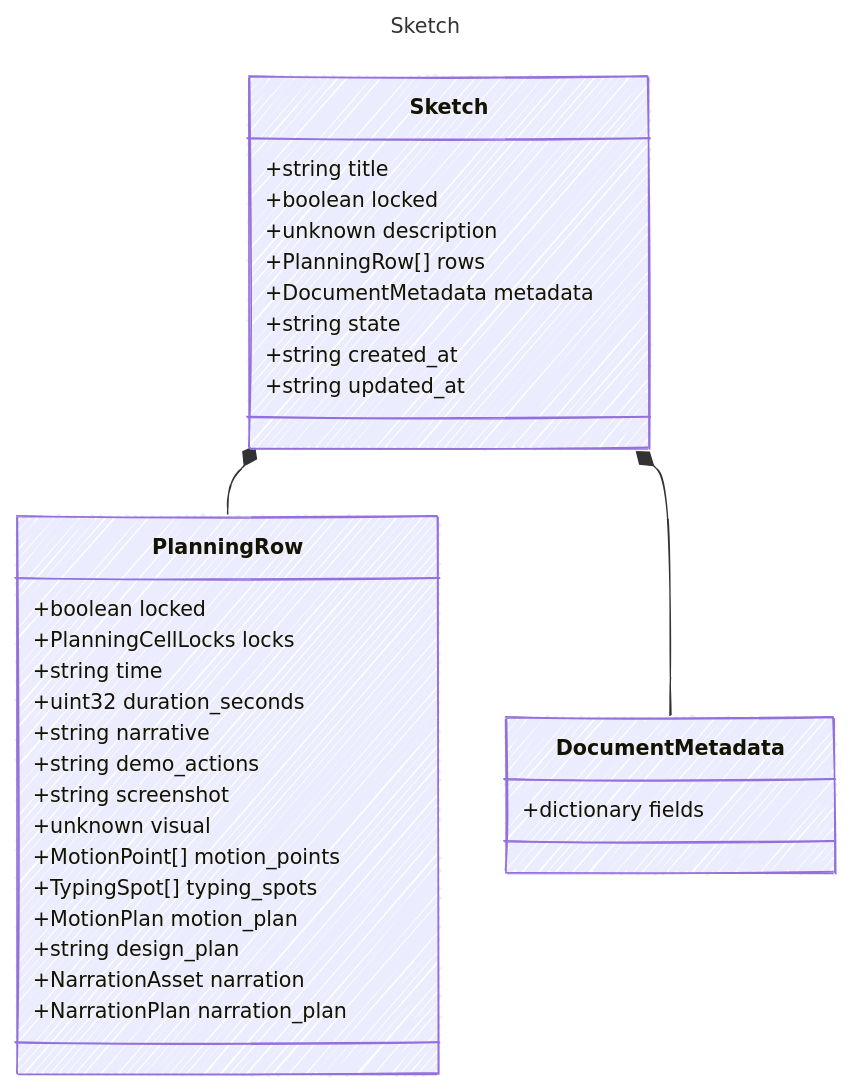
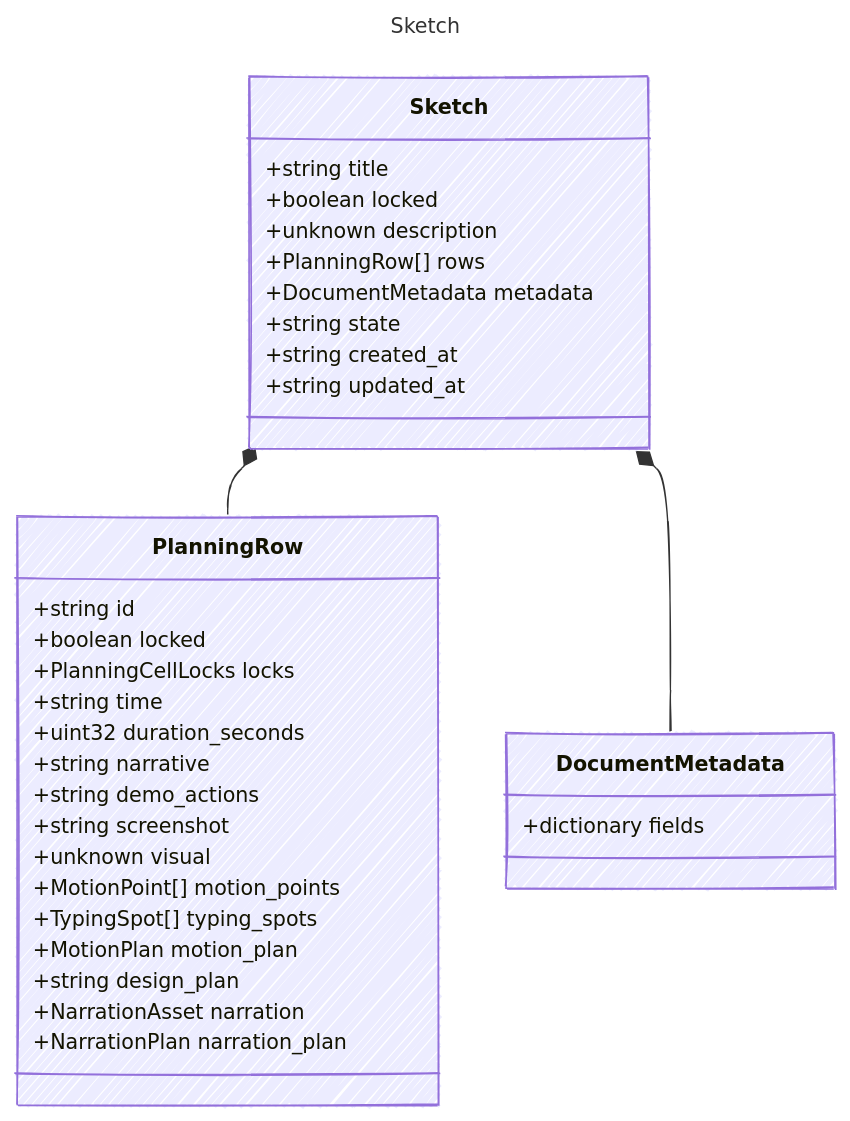
Before and after one commit to sethjuarez/cutready: the diagram in contracts/generated/markdown/Sketch.md, drawn with Mermaid. The commit also changed 61 other files, not shown here.

````diff
--- a/contracts/generated/markdown/Sketch.md
+++ b/contracts/generated/markdown/Sketch.md
@@ -13,42 +13,43 @@
 ```mermaid
 ---
 title: Sketch
 config:
   look: handDrawn
   theme: colorful
   class:
     hideEmptyMembersBox: true
 ---
 classDiagram
     class Sketch {
         +string title
         +boolean locked
         +unknown description
         +PlanningRow[] rows
         +DocumentMetadata metadata
         +string state
         +string created_at
         +string updated_at
     }
     class PlanningRow {
+        +string id
         +boolean locked
         +PlanningCellLocks locks
         +string time
         +uint32 duration_seconds
         +string narrative
         +string demo_actions
         +string screenshot
         +unknown visual
         +MotionPoint[] motion_points
         +TypingSpot[] typing_spots
         +MotionPlan motion_plan
         +string design_plan
         +NarrationAsset narration
         +NarrationPlan narration_plan
     }
     Sketch *-- PlanningRow
     class DocumentMetadata {
         +dictionary fields
     }
     Sketch *-- DocumentMetadata
 ```
````
